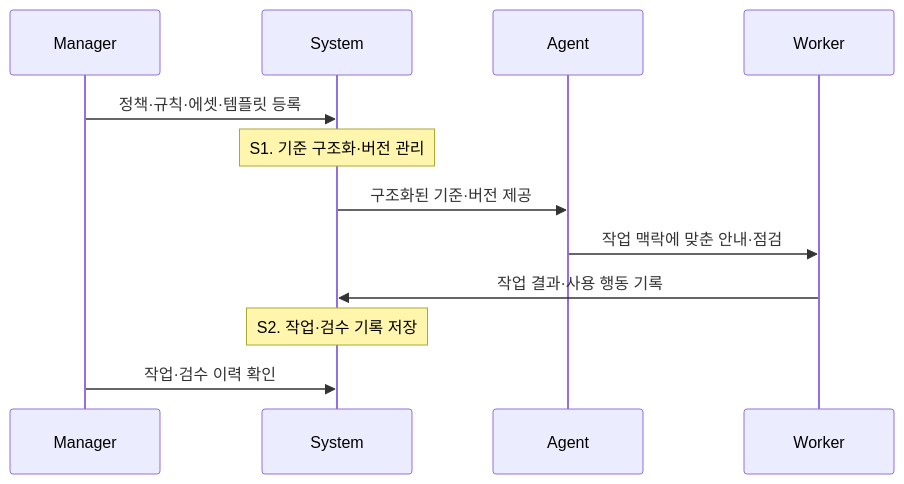
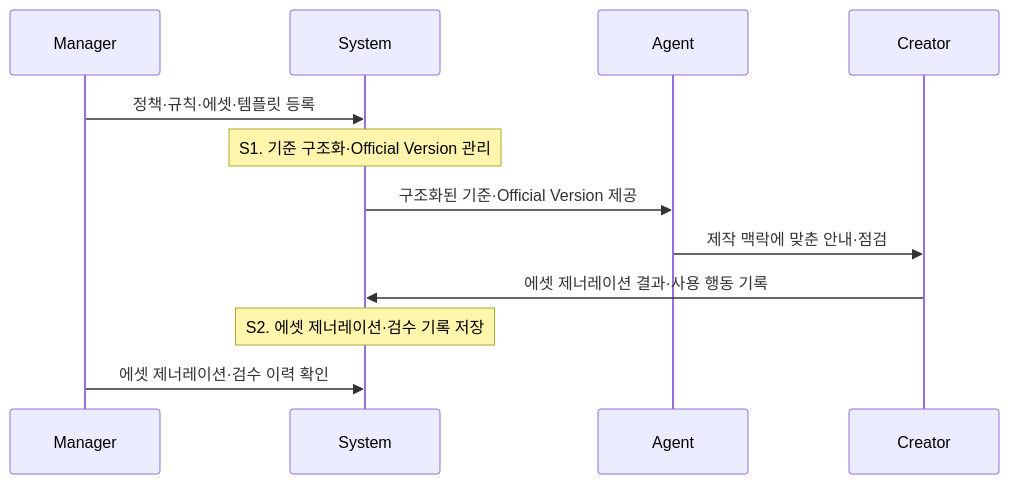
The first of 2 diagrams in docs/01-product.md (ewoooo/living-brand-system), drawn with Mermaid before and after one commit. The commit also changed other lines of this file and 22 other files, not shown here.

````diff
--- a/docs/01-product.md
+++ b/docs/01-product.md
@@ -70,15 +70,15 @@
 ```mermaid
 sequenceDiagram
   participant M as Manager
   participant S as System
   participant A as Agent
-  participant C as Worker
+  participant C as Creator
 
   M->>S: 정책·규칙·에셋·템플릿 등록
-  Note over S: S1. 기준 구조화·버전 관리
-  S->>A: 구조화된 기준·버전 제공
-  A->>C: 작업 맥락에 맞춘 안내·점검
-  C->>S: 작업 결과·사용 행동 기록
-  Note over S: S2. 작업·검수 기록 저장
-  M->>S: 작업·검수 이력 확인
+  Note over S: S1. 기준 구조화·Official Version 관리
+  S->>A: 구조화된 기준·Official Version 제공
+  A->>C: 제작 맥락에 맞춘 안내·점검
+  C->>S: 에셋 제너레이션 결과·사용 행동 기록
+  Note over S: S2. 에셋 제너레이션·검수 기록 저장
+  M->>S: 에셋 제너레이션·검수 이력 확인
 ```
````
